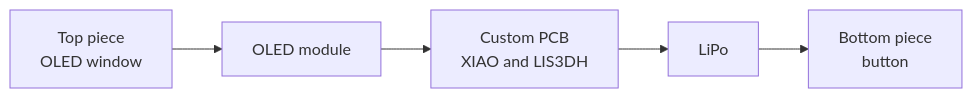
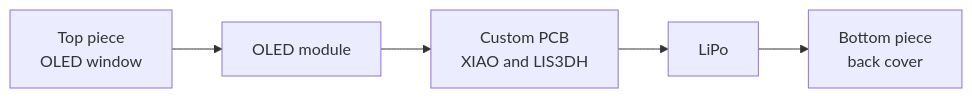
One commit to hronkrobotics/solareyes changed the second of 5 diagrams in README.md. Above: the diagram before and after it, drawn with Mermaid. The commit also changed other lines of this file and 11 other files, not shown here.

````diff
--- a/README.md
+++ b/README.md
@@ -118,7 +107,7 @@
 ```mermaid
 flowchart LR
     A["Top piece<br/>OLED window"] --> B["OLED module"]
     B --> C["Custom PCB<br/>XIAO and LIS3DH"]
     C --> D["LiPo"]
-    D --> E["Bottom piece<br/>button"]
+    D --> E["Bottom piece<br/>back cover"]
 ```
````
